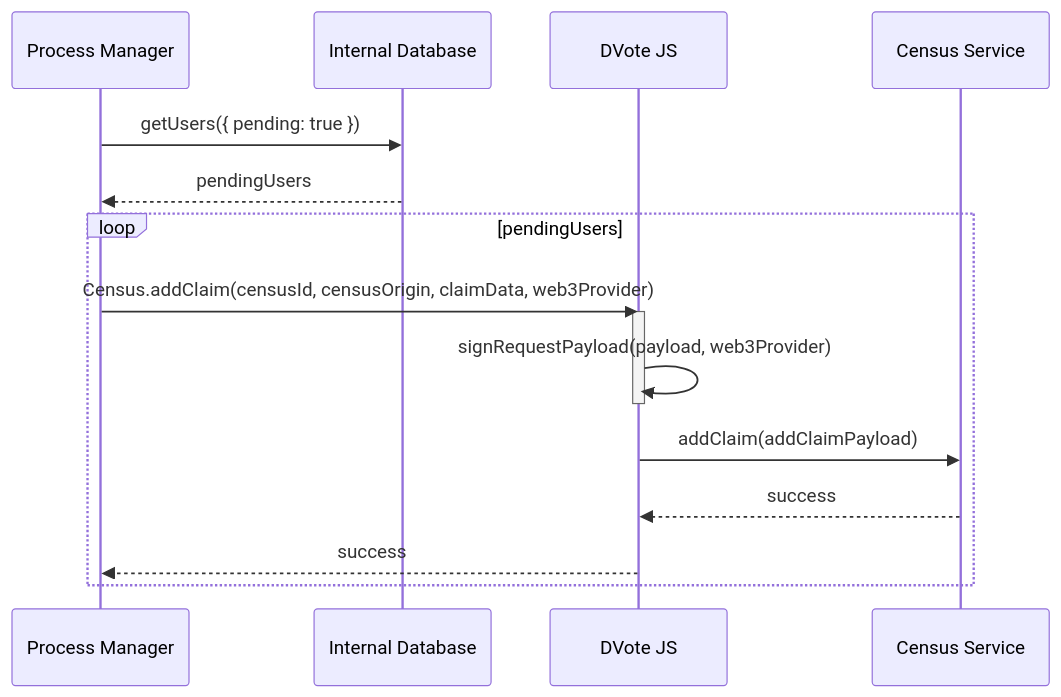
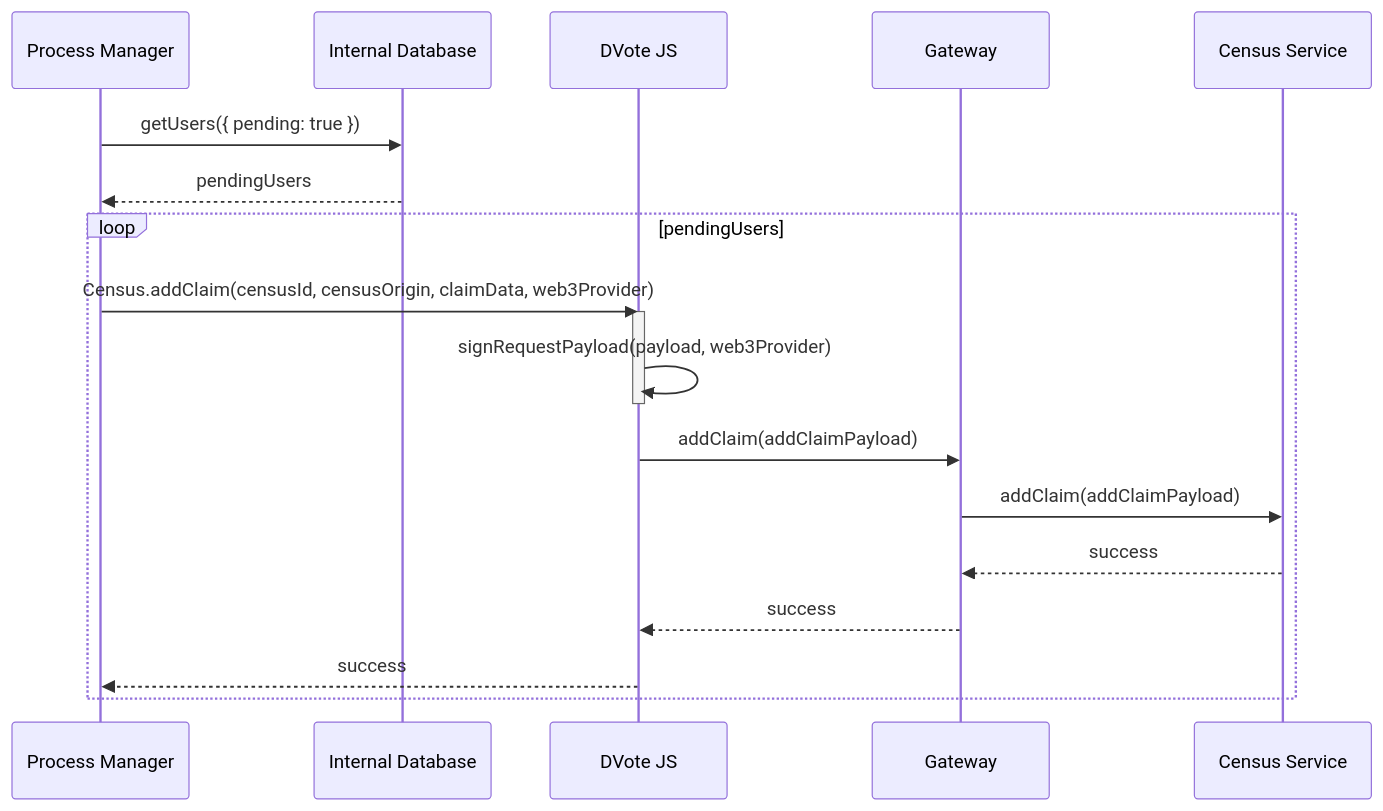
Before and after one commit to vocdoni/docs: the sixth of 15 diagrams in docs/protocol/sequence-diagrams.md, drawn with Mermaid. The commit also changed other lines of this file, not shown here.

Commit message:
modified sequence diagrams to include gateway dependency

````diff
--- a/docs/protocol/sequence-diagrams.md
+++ b/docs/protocol/sequence-diagrams.md
@@ -202,21 +216,24 @@
 ```mermaid
 sequenceDiagram
     participant PM as Process Manager
     participant DB as Internal Database
     participant DV as DVote JS
+    participant GW as Gateway
     participant CS as Census Service
 
     PM->>DB: getUsers({ pending: true })
     DB-->>PM: pendingUsers
 
 
     loop pendingUsers
         PM->>DV: Census.addClaim(censusId, censusOrigin, claimData, web3Provider)
         activate DV
         DV->>DV: signRequestPayload(payload, web3Provider)
         deactivate DV
-        DV->>CS: addClaim(addClaimPayload)
-        CS-->>DV: success
+        DV->>GW: addClaim(addClaimPayload)
+        GW->>CS: addClaim(addClaimPayload)
+        CS-->>GW: success
+        GW-->>DV: success
         DV-->>PM: success
     end
 ```
````
